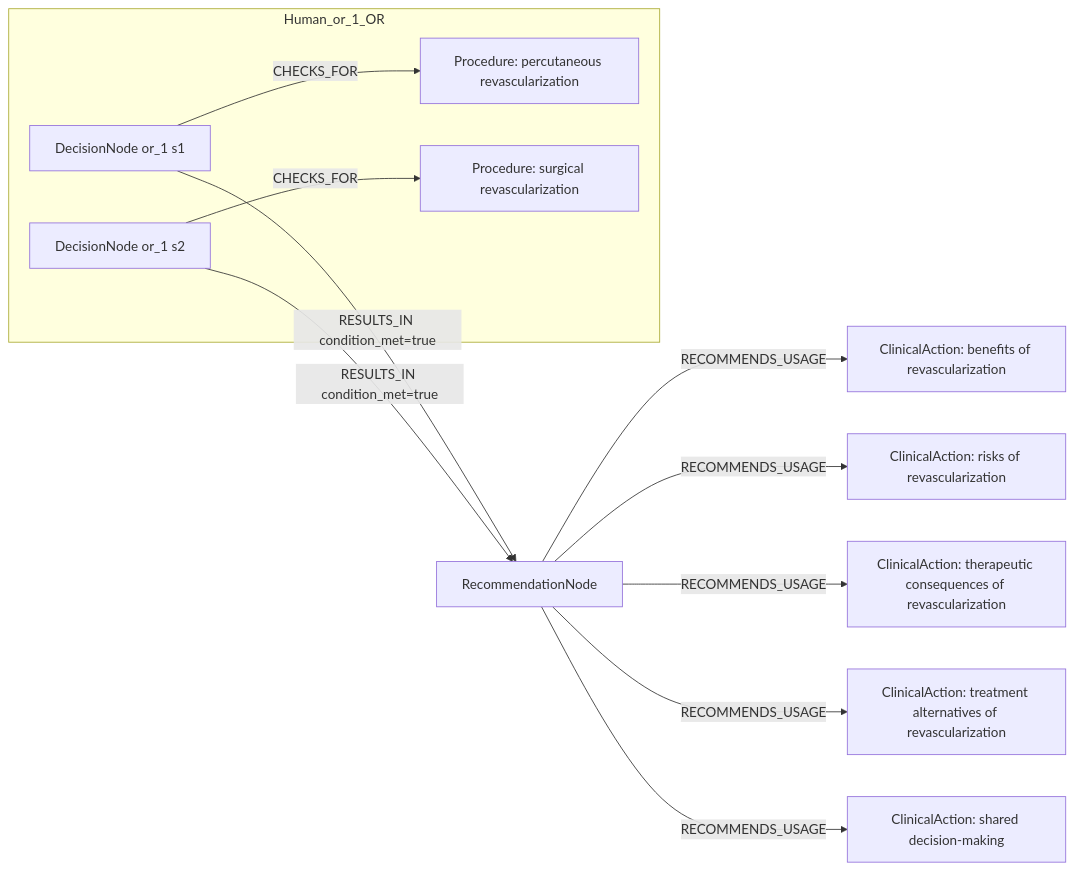
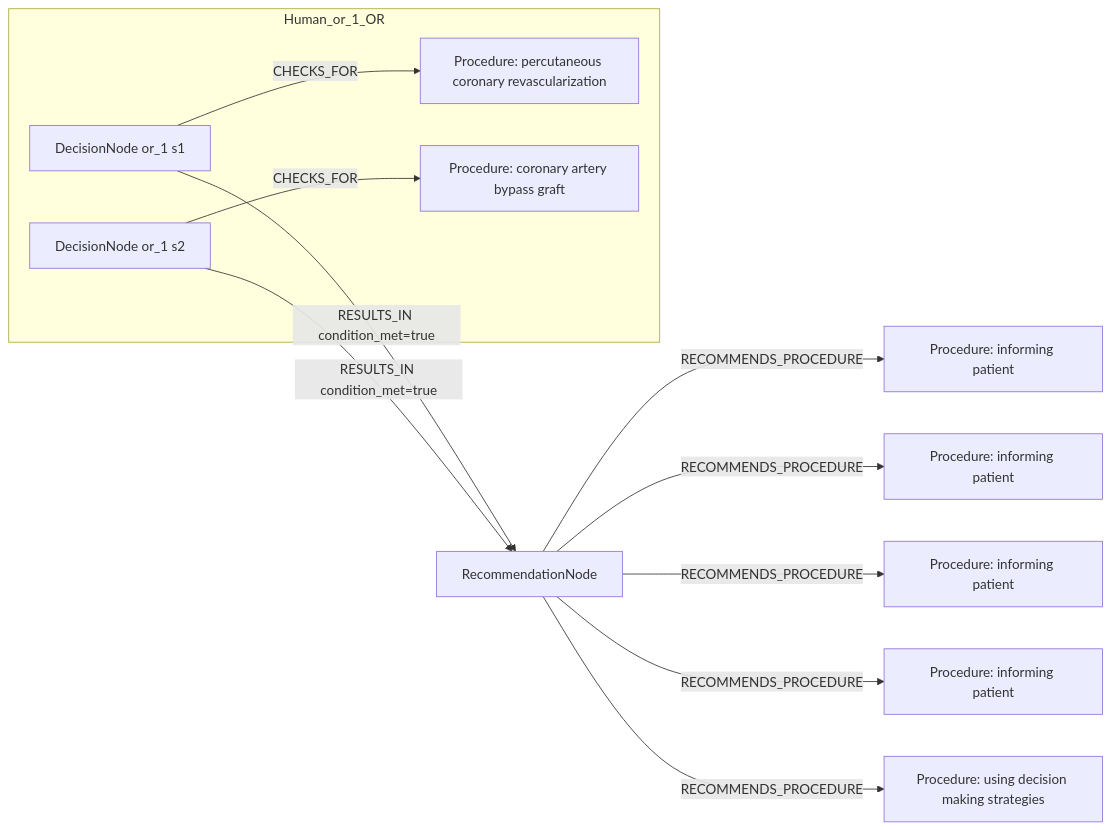
One commit to dieterich-lab/CardioGuidelinesGraph changed the first of 2 diagrams in docs/table22_rows_comparison/row_01.md. Above: the diagram before and after it, drawn with Mermaid. The commit also changed other lines of this file and 27 other files, not shown here.

````diff
--- a/docs/table22_rows_comparison/row_01.md
+++ b/docs/table22_rows_comparison/row_01.md
@@ -248,24 +144,24 @@
 ```mermaid
 graph LR
   REC[RecommendationNode]
-  ACT1[ClinicalAction: benefits of revascularization]
-  REC -->|RECOMMENDS_USAGE| ACT1
-  ACT2[ClinicalAction: risks of revascularization]
-  REC -->|RECOMMENDS_USAGE| ACT2
-  ACT3[ClinicalAction: therapeutic consequences of revascularization]
-  REC -->|RECOMMENDS_USAGE| ACT3
-  ACT4[ClinicalAction: treatment alternatives of revascularization]
-  REC -->|RECOMMENDS_USAGE| ACT4
-  ACT5[ClinicalAction: shared decision-making]
-  REC -->|RECOMMENDS_USAGE| ACT5
+  ACT1[Procedure: informing patient]
+  REC -->|RECOMMENDS_PROCEDURE| ACT1
+  ACT2[Procedure: informing patient]
+  REC -->|RECOMMENDS_PROCEDURE| ACT2
+  ACT3[Procedure: informing patient]
+  REC -->|RECOMMENDS_PROCEDURE| ACT3
+  ACT4[Procedure: informing patient]
+  REC -->|RECOMMENDS_PROCEDURE| ACT4
+  ACT5[Procedure: using decision making strategies]
+  REC -->|RECOMMENDS_PROCEDURE| ACT5
   subgraph Human_or_1_OR
     D_or_1_1[DecisionNode or_1 s1]
-    C_or_1_1[Procedure: percutaneous revascularization]
+    C_or_1_1[Procedure: percutaneous coronary revascularization]
     D_or_1_1 -->|CHECKS_FOR| C_or_1_1
     D_or_1_2[DecisionNode or_1 s2]
-    C_or_1_2[Procedure: surgical revascularization]
+    C_or_1_2[Procedure: coronary artery bypass graft]
     D_or_1_2 -->|CHECKS_FOR| C_or_1_2
   end
   D_or_1_1 -->|RESULTS_IN condition_met=true| REC
   D_or_1_2 -->|RESULTS_IN condition_met=true| REC
 ```
````
